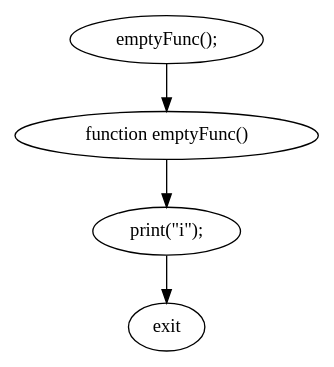
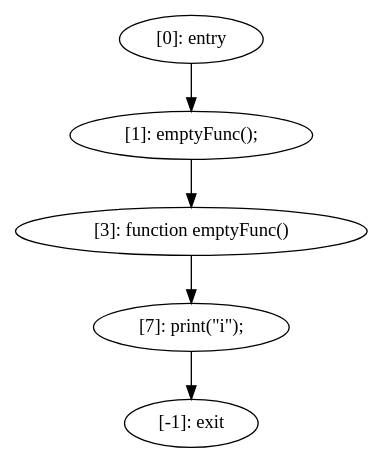
Before and after one commit to Shoreray/JsRetest: the diagram in JsRetest/jsTests/dotFiles/testEmptyFunction.js.0.dot, drawn with Graphviz. The commit also changed 236 other files, not shown here.

```diff
--- a/JsRetest/jsTests/dotFiles/testEmptyFunction.js.0.dot
+++ b/JsRetest/jsTests/dotFiles/testEmptyFunction.js.0.dot
@@ -1,9 +1,11 @@
 digraph {
-"0" [label="emptyFunc();\n"] 
-"1" [label="exit"] 
-"2" [label="print(\"i\");\n"] 
-"3" [label="function emptyFunc() \n"] 
-"0" -> "3" [label=""] 
+"0" [label="[0]: entry"] 
+"1" [label="[-1]: exit"] 
+"2" [label="[7]: print(\"i\");\n"] 
+"3" [label="[3]: function emptyFunc() \n"] 
+"4" [label="[1]: emptyFunc();\n"] 
+"0" -> "4" [label=""] 
 "2" -> "1" [label=""] 
 "3" -> "2" [label=""] 
+"4" -> "3" [label=""] 
 }
```
